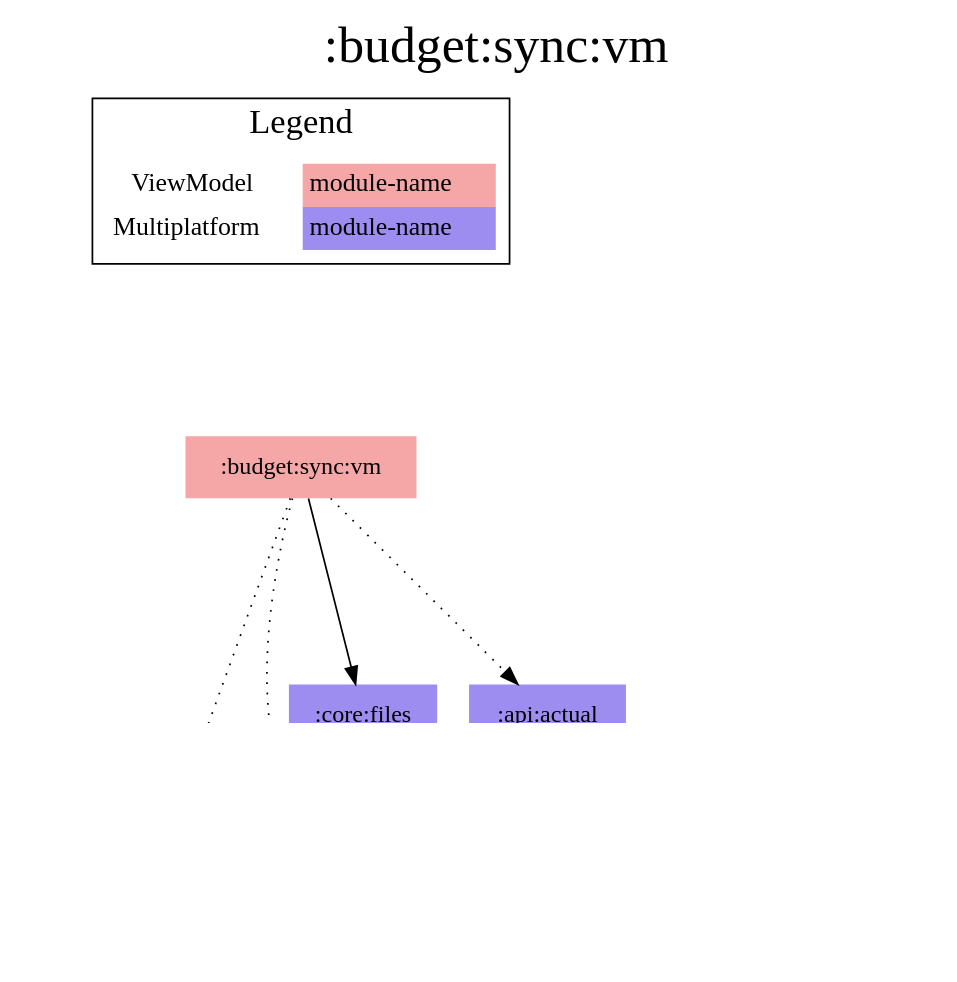
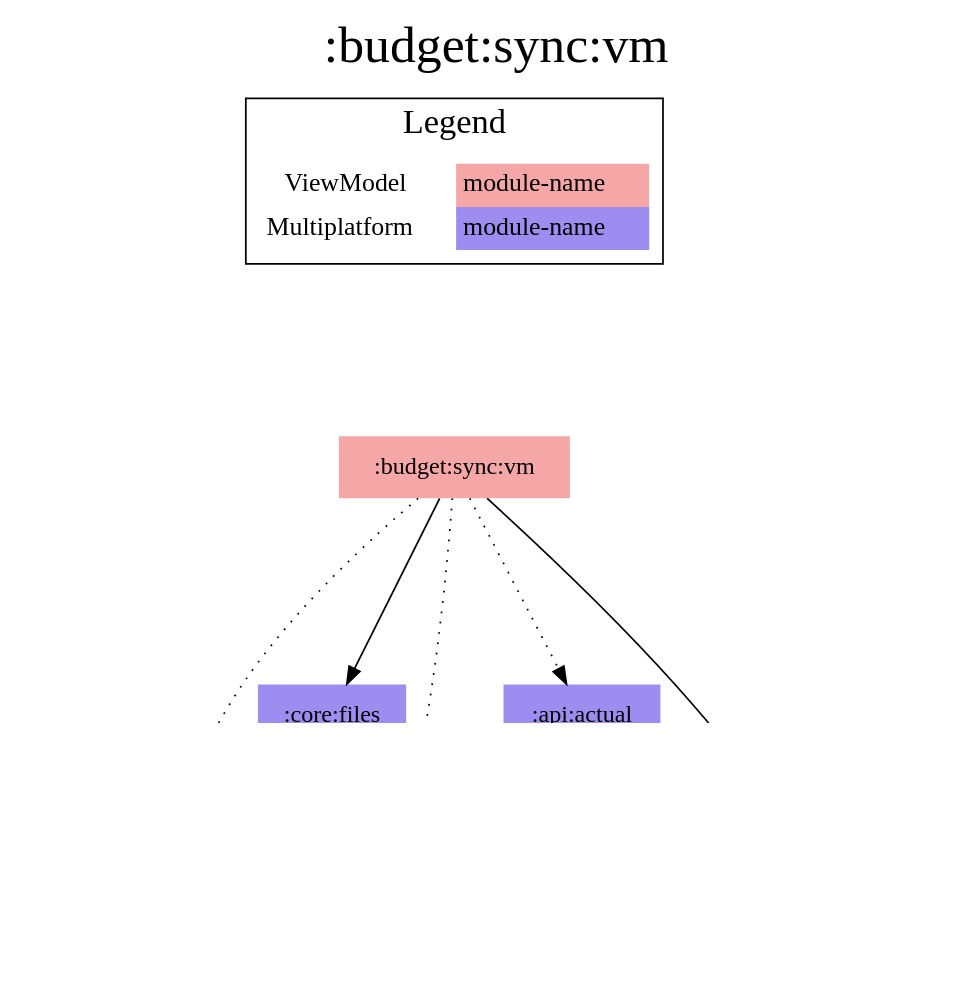
The diagram in modules/budget/sync/vm/modules.dot (jonapoul/aktual), drawn with Graphviz before and after one commit. The commit also changed 15 other files, not shown here.

Commit message:
Bytes/Percent -> core:model

```diff
--- a/modules/budget/sync/vm/modules.dot
+++ b/modules/budget/sync/vm/modules.dot
@@ -1,35 +1,36 @@
 digraph {
 edge ["dir"="forward"]
 graph ["dpi"="100","label"=":budget:sync:vm","labelloc"="t","fontsize"="30","ranksep"="1.5","rankdir"="TB"]
 node ["style"="filled"]
 ":account:model" ["fillcolor"="#9D8DF1","shape"="none"]
 ":api:actual" ["fillcolor"="#9D8DF1","shape"="none"]
 ":budget:model" ["fillcolor"="#9D8DF1","shape"="none"]
 ":budget:sync:vm" ["fillcolor"="#F5A6A6","shape"="none"]
 ":codegen:annotation" ["fillcolor"="#9D8DF1","shape"="none"]
 ":core:files" ["fillcolor"="#9D8DF1","shape"="none"]
 ":core:model" ["fillcolor"="#9D8DF1","shape"="none"]
 {
 edge ["dir"="none"]
 graph ["rank"="same"]
 }
 ":api:actual" -> ":account:model"
 ":api:actual" -> ":budget:model"
 ":api:actual" -> ":codegen:annotation" ["style"="dotted"]
 ":api:actual" -> ":core:model"
 ":budget:sync:vm" -> ":account:model" ["style"="dotted"]
 ":budget:sync:vm" -> ":api:actual" ["style"="dotted"]
 ":budget:sync:vm" -> ":budget:model" ["style"="dotted"]
 ":budget:sync:vm" -> ":core:files"
+":budget:sync:vm" -> ":core:model"
 ":core:files" -> ":budget:model"
 subgraph "cluster_legend" {
 edge ["dir"="none"]
 graph ["label"="Legend","fontsize"="20"]
 "Legend" ["style"="filled","fillcolor"="#FFFFFF","shape"="none","margin"="0","fontsize"="15","label"=<
 <TABLE BORDER="0" CELLBORDER="0" CELLSPACING="0" CELLPADDING="4">
 <TR><TD>ViewModel</TD><TD BGCOLOR="#F5A6A6">module-name</TD></TR>
 <TR><TD>Multiplatform</TD><TD BGCOLOR="#9D8DF1">module-name</TD></TR>
 </TABLE>
 >]
 } -> ":budget:sync:vm" ["style"="invis"]
 }
```
